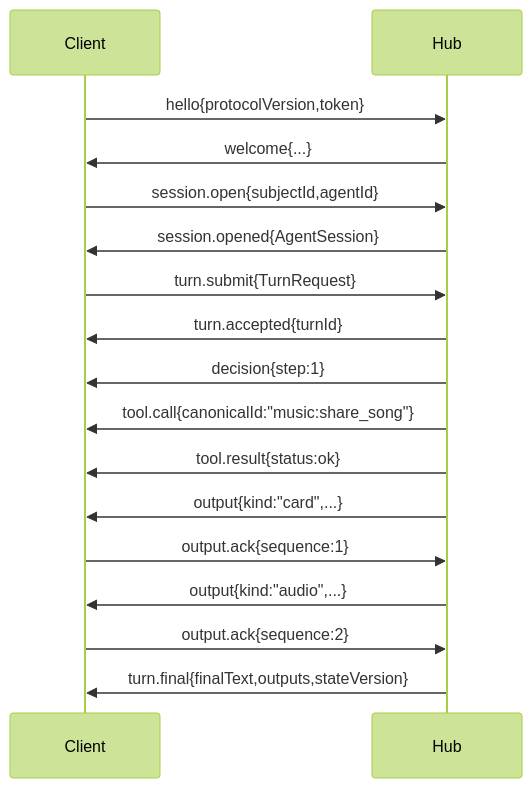
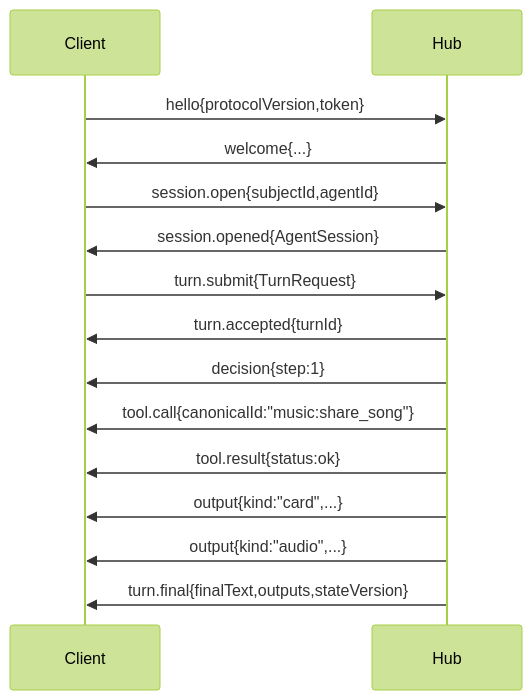
Before and after one commit to Yoitsu-Holo/openLuo: the second of 2 diagrams in docs/architecture/hub-protocol.md, drawn with Mermaid (forest theme). The commit also changed other lines of this file and 6 other files, not shown here.

````diff
--- a/docs/architecture/hub-protocol.md
+++ b/docs/architecture/hub-protocol.md
@@ -459,19 +482,17 @@
 ```mermaid
 sequenceDiagram
   participant C as Client
   participant H as Hub
   C->>H: hello{protocolVersion,token}
   H->>C: welcome{...}
   C->>H: session.open{subjectId,agentId}
   H->>C: session.opened{AgentSession}
   C->>H: turn.submit{TurnRequest}
   H->>C: turn.accepted{turnId}
   H->>C: decision{step:1}
   H->>C: tool.call{canonicalId:"music:share_song"}
   H->>C: tool.result{status:ok}
   H->>C: output{kind:"card",...}
-  C->>H: output.ack{sequence:1}
   H->>C: output{kind:"audio",...}
-  C->>H: output.ack{sequence:2}
   H->>C: turn.final{finalText,outputs,stateVersion}
 ```
````
